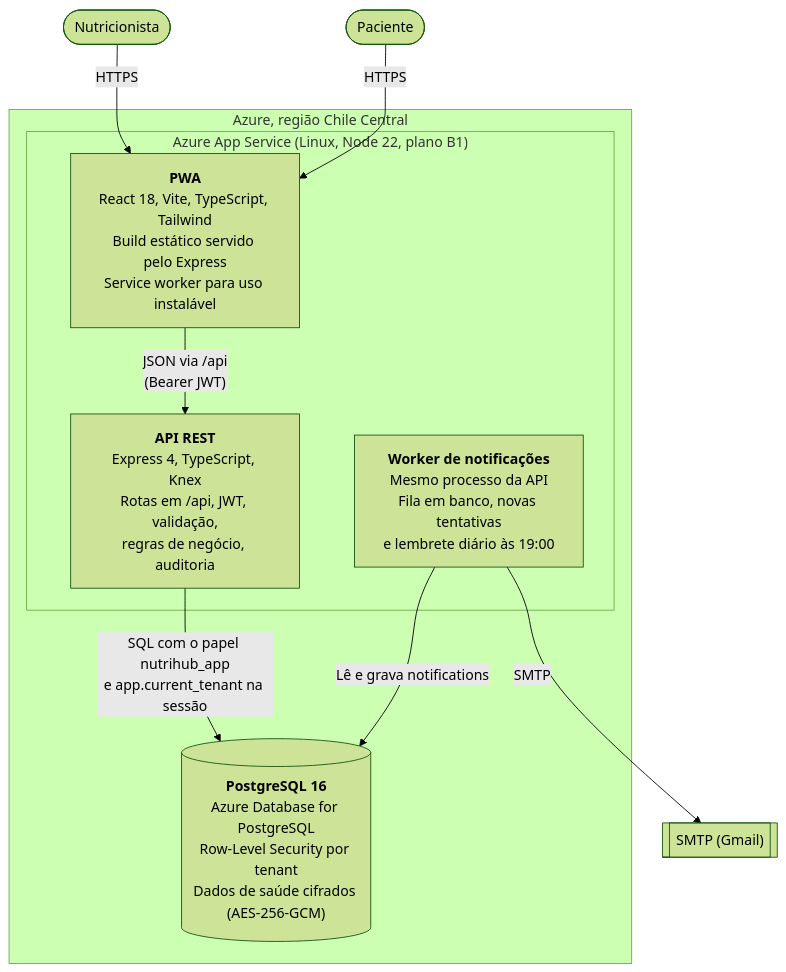
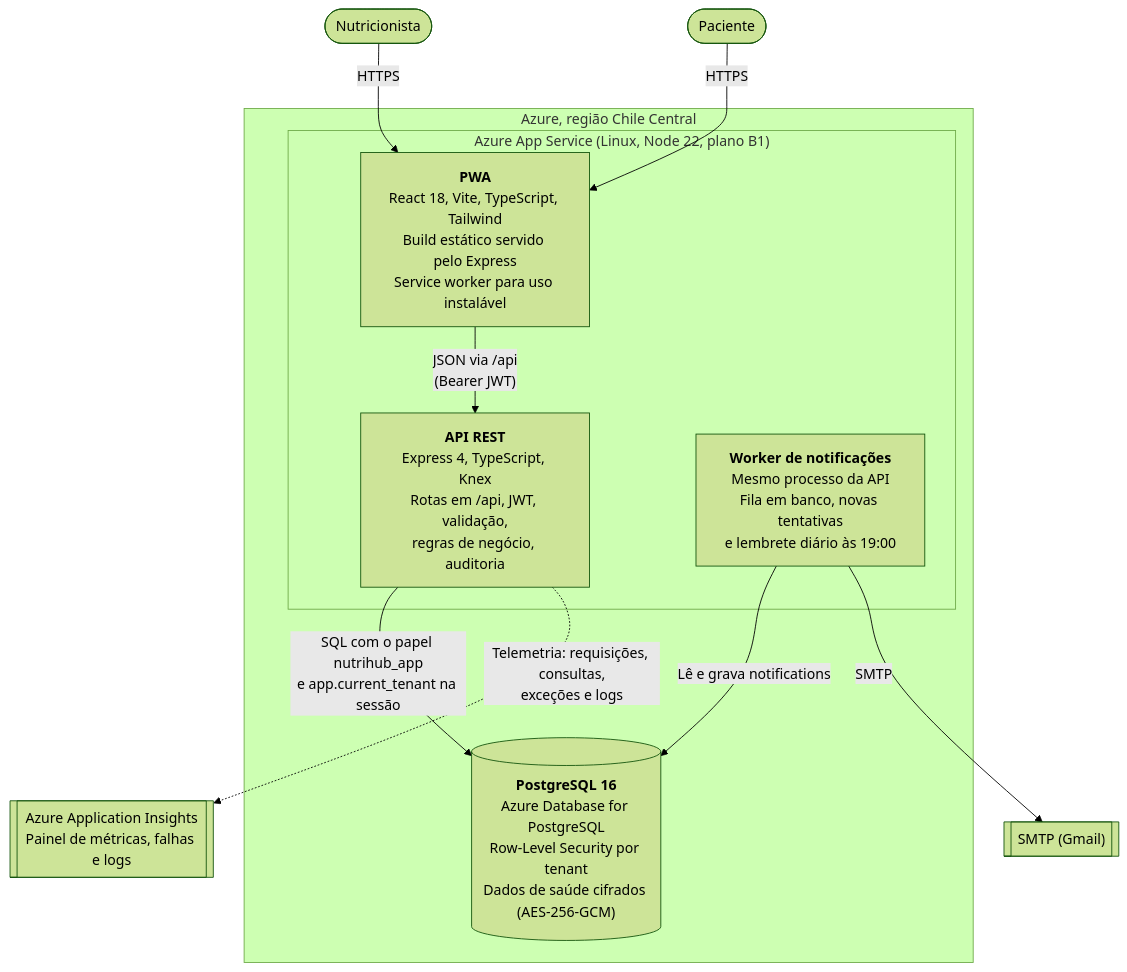
One commit to ErikAlexandreKestring/NutriHub changed the second of 4 diagrams in docs/wiki/Arquitetura.md. Above: the diagram before and after it, drawn with Mermaid (forest theme). The commit also changed other lines of this file and 18 other files, not shown here.

First line of the commit message:
Adiciona observabilidade com o Azure Application Insights (#70)

````diff
--- a/docs/wiki/Arquitetura.md
+++ b/docs/wiki/Arquitetura.md
@@ -35,23 +37,25 @@
 ```mermaid
 flowchart TB
     nutri(["Nutricionista"])
     paciente(["Paciente"])
 
     subgraph azure["Azure, região Chile Central"]
         subgraph app["Azure App Service (Linux, Node 22, plano B1)"]
             pwa["<b>PWA</b><br/>React 18, Vite, TypeScript, Tailwind<br/>Build estático servido pelo Express<br/>Service worker para uso instalável"]
             api["<b>API REST</b><br/>Express 4, TypeScript, Knex<br/>Rotas em /api, JWT, validação,<br/>regras de negócio, auditoria"]
             worker["<b>Worker de notificações</b><br/>Mesmo processo da API<br/>Fila em banco, novas tentativas<br/>e lembrete diário às 19:00"]
         end
         db[("<b>PostgreSQL 16</b><br/>Azure Database for PostgreSQL<br/>Row-Level Security por tenant<br/>Dados de saúde cifrados (AES-256-GCM)")]
     end
 
     smtp[["SMTP (Gmail)"]]
+    insights[["Azure Application Insights<br/>Painel de métricas, falhas e logs"]]
 
     nutri -- "HTTPS" --> pwa
     paciente -- "HTTPS" --> pwa
     pwa -- "JSON via /api<br/>(Bearer JWT)" --> api
     api -- "SQL com o papel nutrihub_app<br/>e app.current_tenant na sessão" --> db
     worker -- "Lê e grava notifications" --> db
     worker -- "SMTP" --> smtp
+    api -. "Telemetria: requisições, consultas,<br/>exceções e logs" .-> insights
 ```
````
